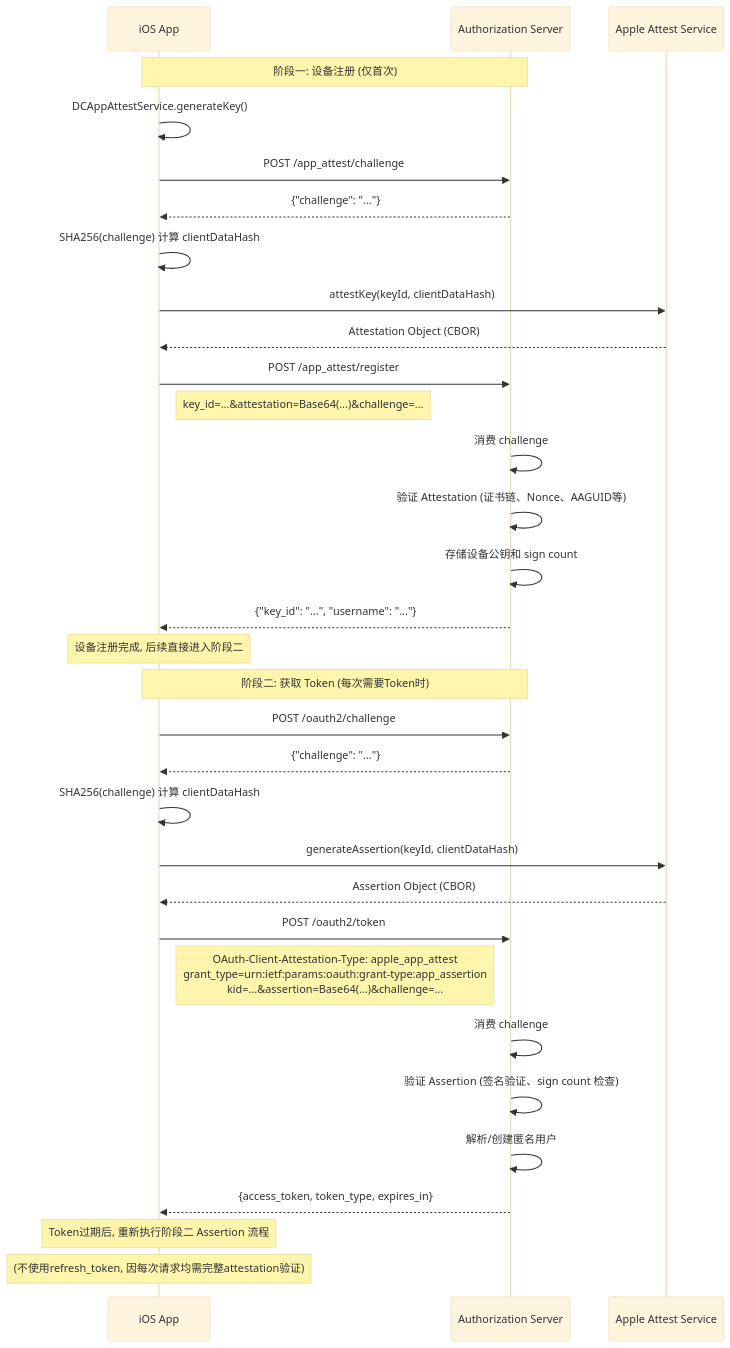
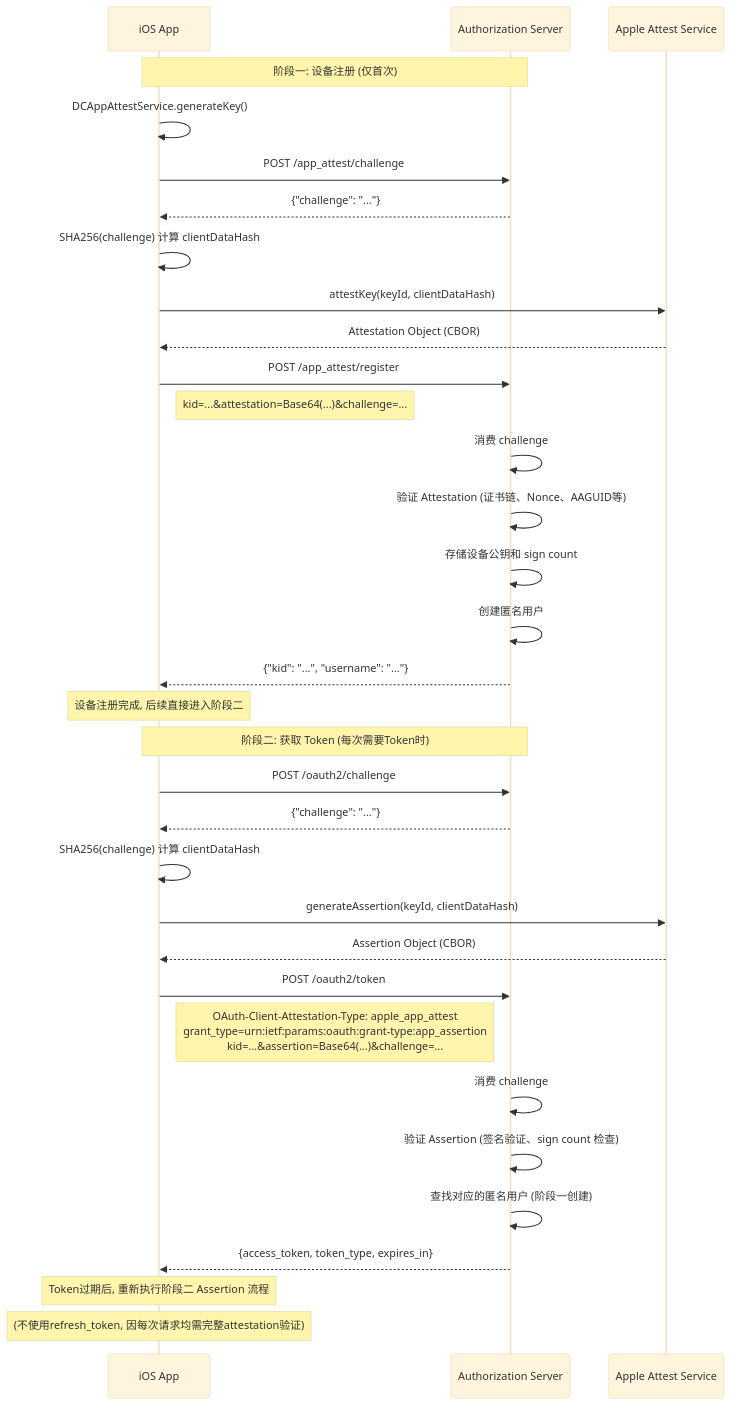
Before and after one commit to euler-projects/euler-framework: the diagram in docs/apis/zh-cn/APIs-#-Apple-App-Attest.md, drawn with Mermaid (base theme). The commit also changed other lines of this file and 5 other files, not shown here.

Commit message:
feat(app-attest): rename all key_id parameter to kid

````diff
--- a/docs/apis/zh-cn/APIs-#-Apple-App-Attest.md
+++ b/docs/apis/zh-cn/APIs-#-Apple-App-Attest.md
@@ -145,42 +145,43 @@
 ```mermaid
 sequenceDiagram
     participant App as iOS App
     participant Server as Authorization Server
     participant Apple as Apple Attest Service
 
     Note over App,Server: 阶段一: 设备注册 (仅首次)
     App->>App: DCAppAttestService.generateKey()
     App->>Server: POST /app_attest/challenge
     Server-->>App: {"challenge": "..."}
 
     App->>App: SHA256(challenge) 计算 clientDataHash
     App->>Apple: attestKey(keyId, clientDataHash)
     Apple-->>App: Attestation Object (CBOR)
 
     App->>Server: POST /app_attest/register
-    Note right of App: key_id=...&attestation=Base64(...)&challenge=...
+    Note right of App: kid=...&attestation=Base64(...)&challenge=...
     Server->>Server: 消费 challenge
     Server->>Server: 验证 Attestation (证书链、Nonce、AAGUID等)
     Server->>Server: 存储设备公钥和 sign count
-    Server-->>App: {"key_id": "...", "username": "..."}
+    Server->>Server: 创建匿名用户
+    Server-->>App: {"kid": "...", "username": "..."}
 
     Note over App: 设备注册完成, 后续直接进入阶段二
 
     Note over App,Server: 阶段二: 获取 Token (每次需要Token时)
     App->>Server: POST /oauth2/challenge
     Server-->>App: {"challenge": "..."}
 
     App->>App: SHA256(challenge) 计算 clientDataHash
     App->>Apple: generateAssertion(keyId, clientDataHash)
     Apple-->>App: Assertion Object (CBOR)
 
     App->>Server: POST /oauth2/token
     Note right of App: OAuth-Client-Attestation-Type: apple_app_attest<br/>grant_type=urn:ietf:params:oauth:grant-type:app_assertion<br/>kid=...&assertion=Base64(...)&challenge=...
     Server->>Server: 消费 challenge
     Server->>Server: 验证 Assertion (签名验证、sign count 检查)
-    Server->>Server: 解析/创建匿名用户
+    Server->>Server: 查找对应的匿名用户 (阶段一创建)
     Server-->>App: {access_token, token_type, expires_in}
 
     Note over App: Token过期后, 重新执行阶段二 Assertion 流程
     Note over App: (不使用refresh_token, 因每次请求均需完整attestation验证)
 ```
````
